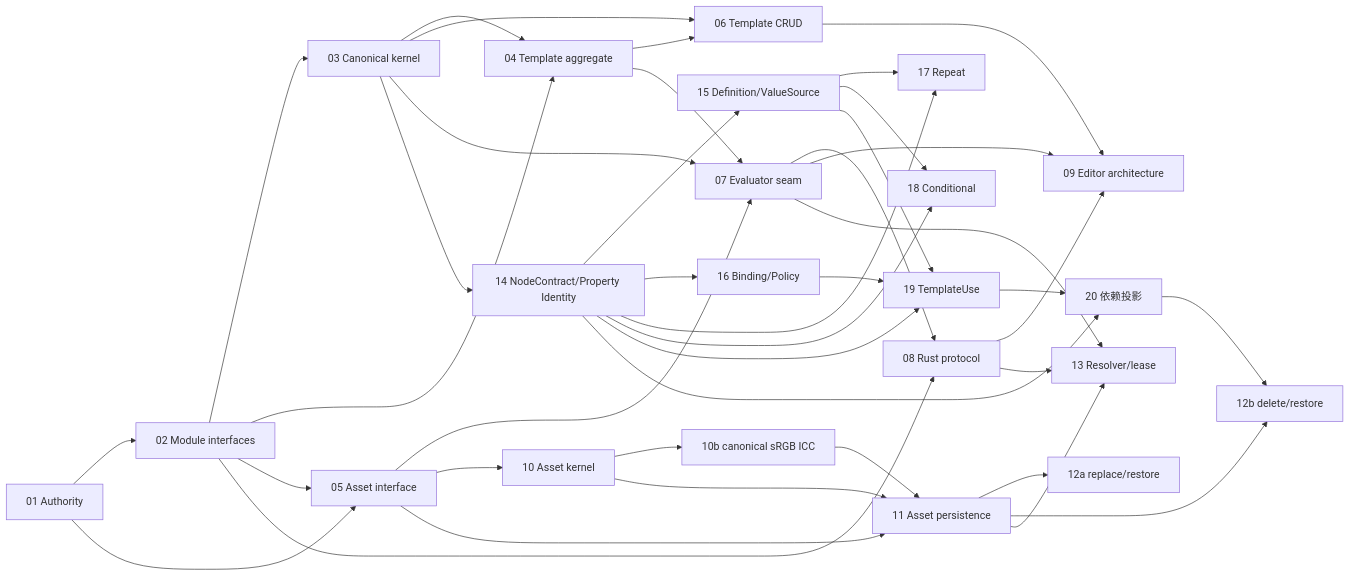
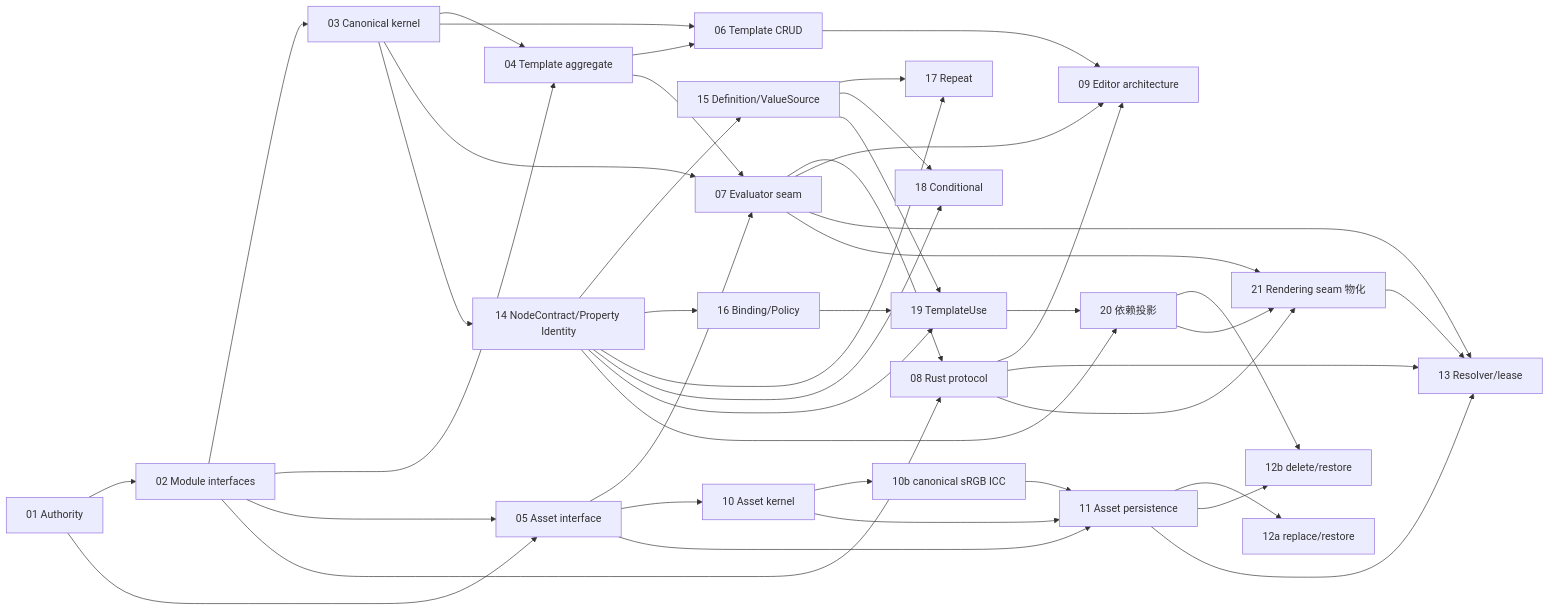
The diagram in plans/renderweave-template-v1-plan.md (yiwer/RenderWeave), drawn with Mermaid before and after one commit. The commit also changed other lines of this file and 18 other files, not shown here.

First line of the commit message:
feat(rendering): establish rendering module with frozen seam contracts

````diff
--- a/plans/renderweave-template-v1-plan.md
+++ b/plans/renderweave-template-v1-plan.md
@@ -62,42 +63,46 @@
 ```mermaid
 flowchart LR
   T01[01 Authority] --> T02[02 Module interfaces]
   T01 --> T05[05 Asset interface]
   T02 --> T03[03 Canonical kernel]
   T02 --> T04[04 Template aggregate]
   T02 --> T05
   T03 --> T04
   T03 --> T06[06 Template CRUD]
   T04 --> T06
   T03 --> T07[07 Evaluator seam]
   T04 --> T07
   T05 --> T07
   T02 --> T08[08 Rust protocol]
   T07 --> T08
   T06 --> T09[09 Editor architecture]
   T07 --> T09
   T08 --> T09
   T05 --> T10[10 Asset kernel]
   T05 --> T11[11 Asset persistence]
   T10 --> T10b[10b canonical sRGB ICC]
   T10 --> T11
   T10b --> T11
   T11 --> T12a[12a replace/restore]
   T11 --> T12b[12b delete/restore]
   T11 --> T13[13 Resolver/lease]
   T07 --> T13
   T08 --> T13
   T03 --> T14[14 NodeContract/Property Identity]
   T14 --> T15[15 Definition/ValueSource]
   T14 --> T16[16 Binding/Policy]
   T14 --> T17[17 Repeat]
   T14 --> T18[18 Conditional]
   T15 --> T17
   T15 --> T18
   T14 --> T19[19 TemplateUse]
   T15 --> T19
   T16 --> T19
   T14 --> T20[20 依赖投影]
   T19 --> T20
   T20 --> T12b
+  T07 --> T21[21 Rendering seam 物化]
+  T08 --> T21
+  T20 --> T21
+  T21 --> T13
 ```
````
